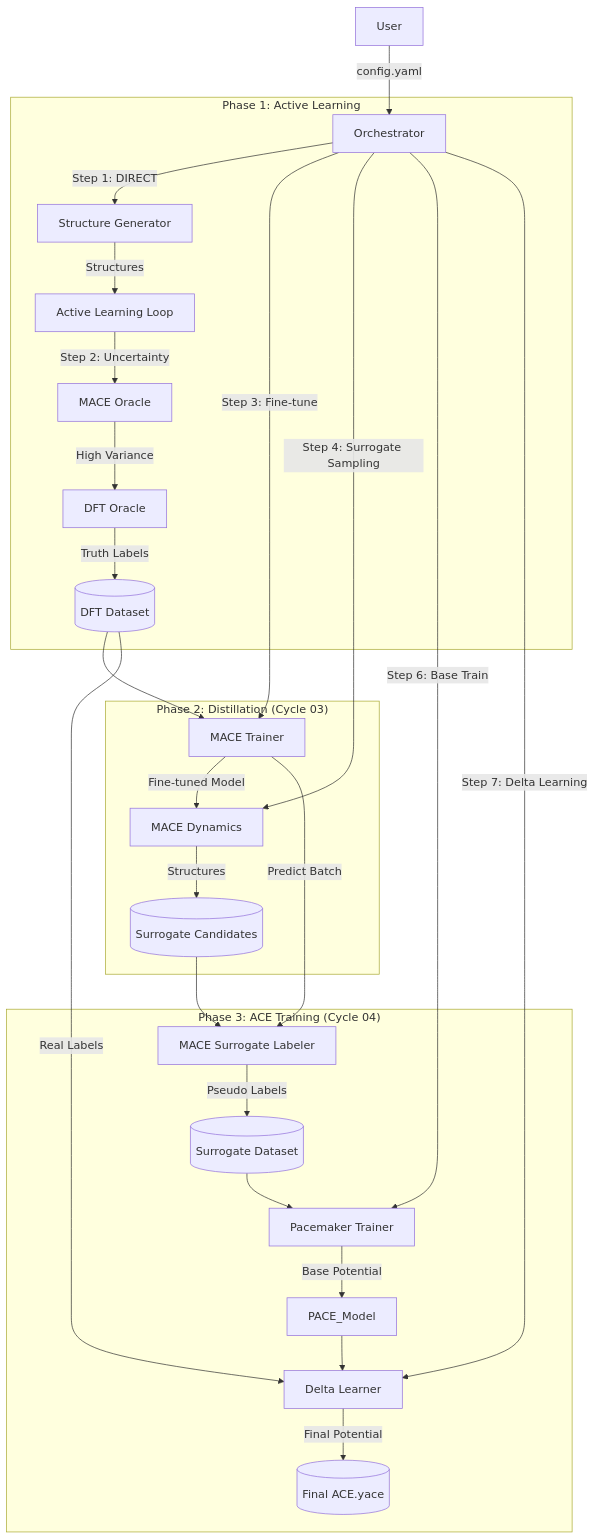
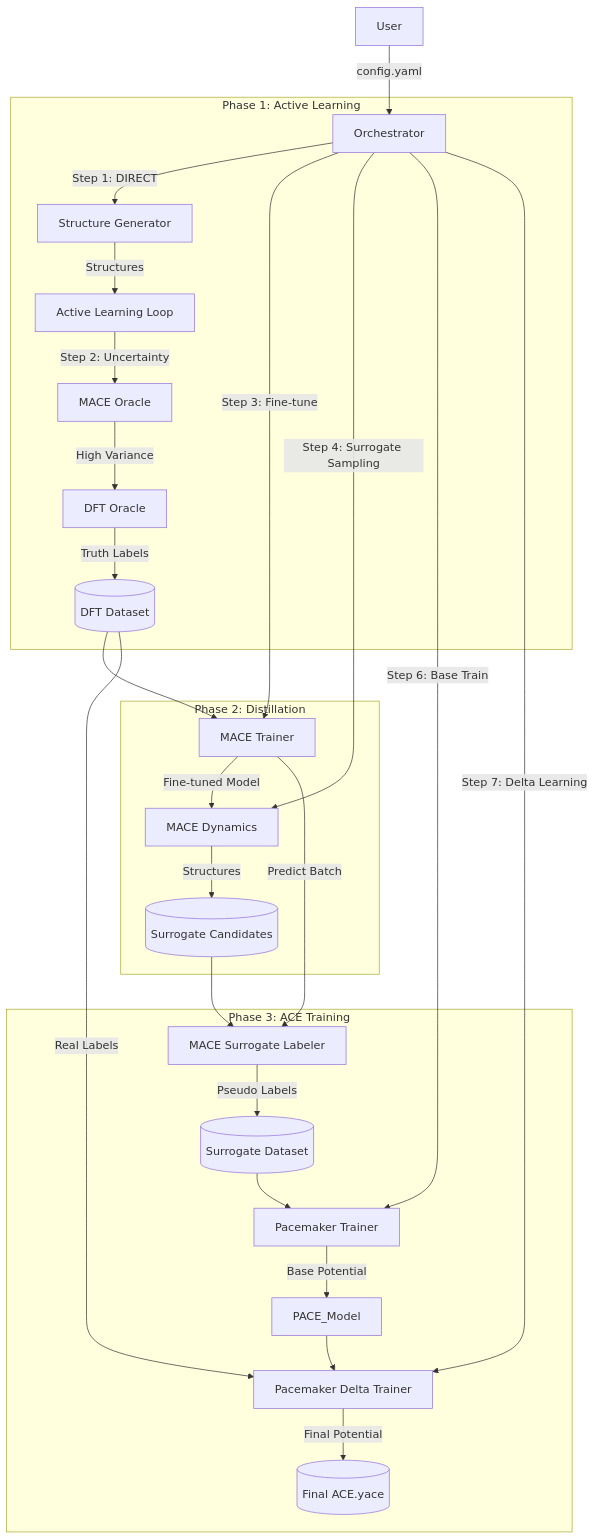
The diagram in README.md (tsuyama1990/mlip_pipeline), drawn with Mermaid before and after one commit. The commit also changed other lines of this file and 14 other files, not shown here.

First line of the commit message:
feat: Cycle 05 Delta Learning & Full Orchestration

````diff
--- a/README.md
+++ b/README.md
@@ -32,35 +33,35 @@
 ```mermaid
 graph TD
     User[User] -->|config.yaml| Orch[Orchestrator]
 
     subgraph "Phase 1: Active Learning"
         Orch -->|Step 1: DIRECT| Gen[Structure Generator]
         Gen -->|Structures| AL[Active Learning Loop]
         AL -->|Step 2: Uncertainty| MACE_O[MACE Oracle]
         MACE_O -->|High Variance| DFT[DFT Oracle]
         DFT -->|Truth Labels| DB[(DFT Dataset)]
     end
 
-    subgraph "Phase 2: Distillation (Cycle 03)"
+    subgraph "Phase 2: Distillation"
         Orch -->|Step 3: Fine-tune| MACE_T[MACE Trainer]
         DB --> MACE_T
         MACE_T -->|Fine-tuned Model| MACE_MD[MACE Dynamics]
         Orch -->|Step 4: Surrogate Sampling| MACE_MD
         MACE_MD -->|Structures| S_Unlabeled[(Surrogate Candidates)]
     end
 
-    subgraph "Phase 3: ACE Training (Cycle 04)"
+    subgraph "Phase 3: ACE Training"
         S_Unlabeled --> Label[MACE Surrogate Labeler]
         MACE_T -->|Predict Batch| Label
         Label -->|Pseudo Labels| S_DB[(Surrogate Dataset)]
 
         Orch -->|Step 6: Base Train| PACE_T[Pacemaker Trainer]
         S_DB --> PACE_T
         PACE_T -->|Base Potential| PACE_Model
 
-        Orch -->|Step 7: Delta Learning| Delta[Delta Learner]
-        DB -->|Real Labels| Delta
-        PACE_Model --> Delta
-        Delta -->|Final Potential| Final_ACE[(Final ACE.yace)]
+        Orch -->|Step 7: Delta Learning| PACE_T_Delta[Pacemaker Delta Trainer]
+        DB -->|Real Labels| PACE_T_Delta
+        PACE_Model --> PACE_T_Delta
+        PACE_T_Delta -->|Final Potential| Final_ACE[(Final ACE.yace)]
     end
 ```
````
